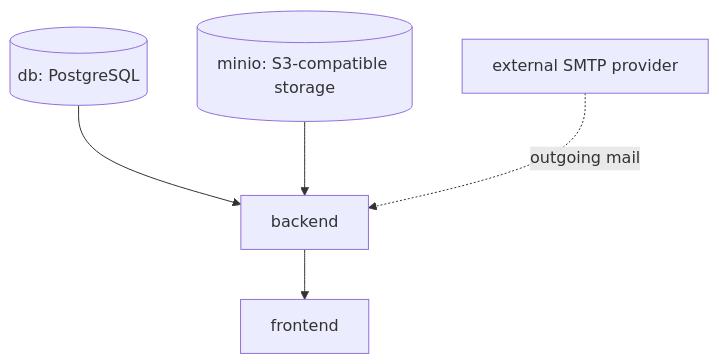
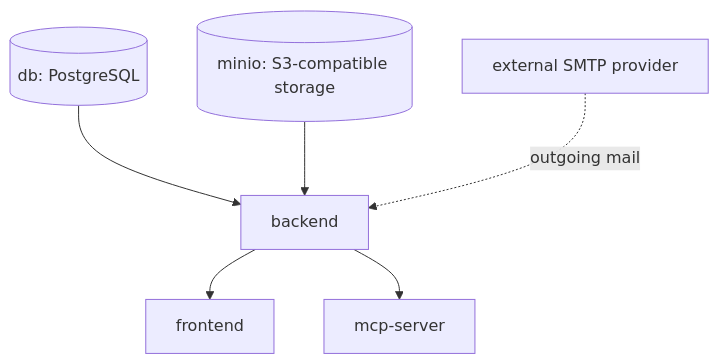
One commit to ballardr/reqtrackmanager changed the diagram in docs/deployment.md. Above: the diagram before and after it, drawn with Mermaid. The commit also changed other lines of this file and 24 other files, not shown here.

Commit message:
Added MCP server. Hopefully fixed CI pipeline

````diff
--- a/docs/deployment.md
+++ b/docs/deployment.md
@@ -24,7 +24,8 @@
 ```mermaid
 flowchart TD
     DB[(db: PostgreSQL)] --> BE[backend]
     MinIO[(minio: S3-compatible storage)] --> BE
     BE --> FE[frontend]
+    BE --> MCP[mcp-server]
     SMTP[external SMTP provider] -.->|outgoing mail| BE
 ```
````
